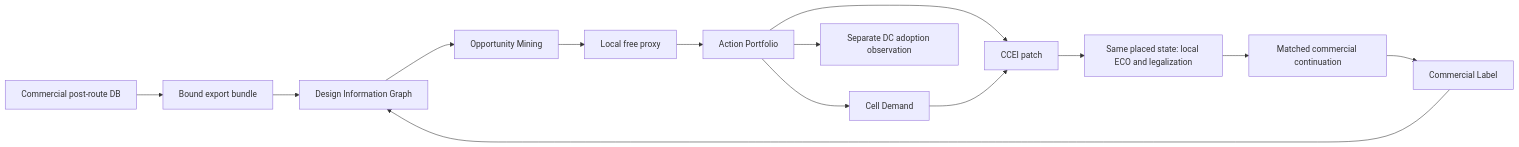
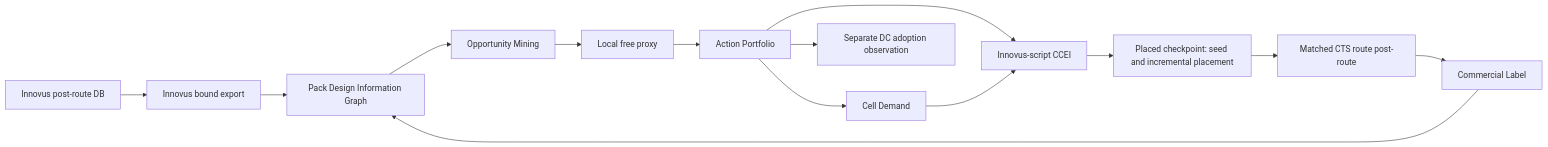
Before and after one commit to lluzi/hima_harness_reforge_polishing: the diagram in docs/package-development/library-function-richness/postroute-design-information-graph-methodology-v4.zh-CN.md, drawn with Mermaid. The commit also changed other lines of this file, not shown here.

Commit message:
docs(lfr): make Innovus the DIG execution authority

````diff
--- a/docs/package-development/library-function-richness/postroute-design-information-graph-methodology-v4.zh-CN.md
+++ b/docs/package-development/library-function-richness/postroute-design-information-graph-methodology-v4.zh-CN.md
@@ -25,16 +25,16 @@
 ```mermaid
 flowchart LR
-  A[Commercial post-route DB] --> X[Bound export bundle]
-  X --> G[Design Information Graph]
+  A[Innovus post-route DB] --> X[Innovus bound export]
+  X --> G[Pack Design Information Graph]
   G --> O[Opportunity Mining]
   O --> P[Local free proxy]
   P --> F[Action Portfolio]
   F --> D[Cell Demand]
-  F --> C[CCEI patch]
+  F --> C[Innovus-script CCEI]
   D --> C
-  C --> I[Same placed state: local ECO and legalization]
-  I --> E[Matched commercial continuation]
+  C --> I[Placed checkpoint: seed and incremental placement]
+  I --> E[Matched CTS route post-route]
   E --> L[Commercial Label]
   L --> G
   F --> S[Separate DC adoption observation]
 ```
````
